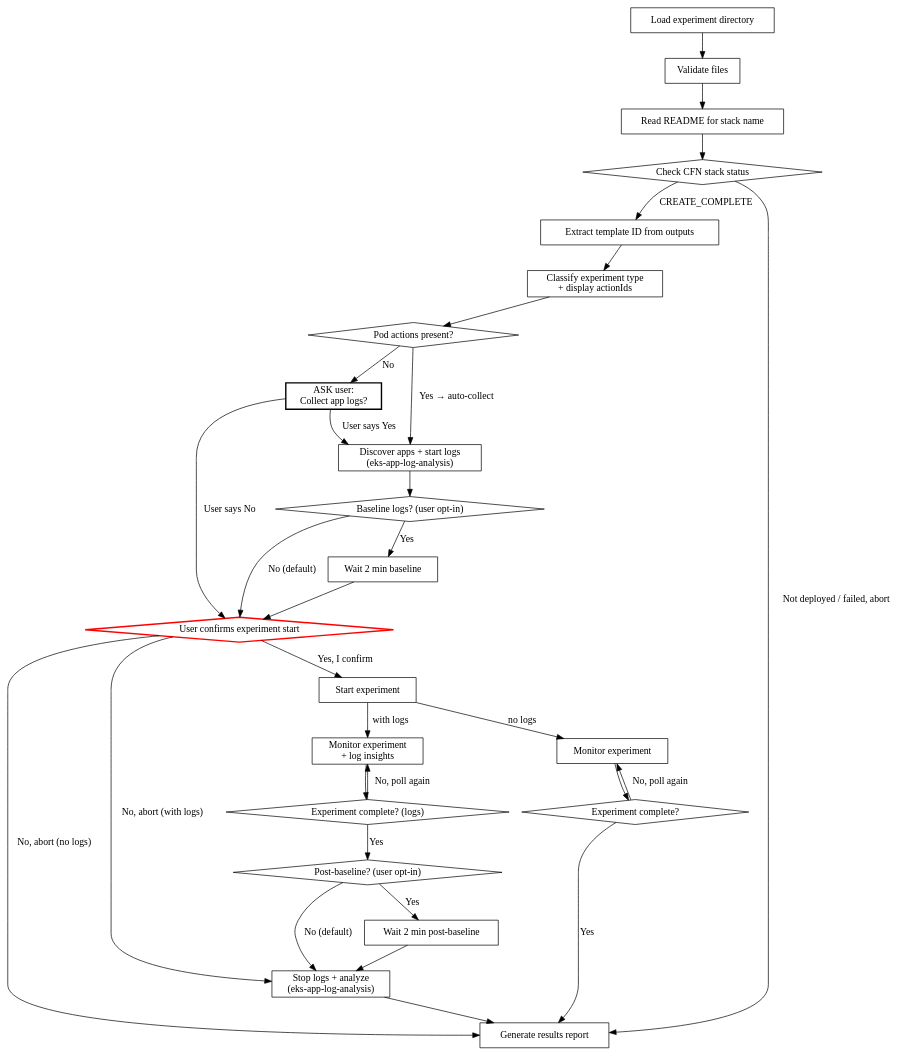
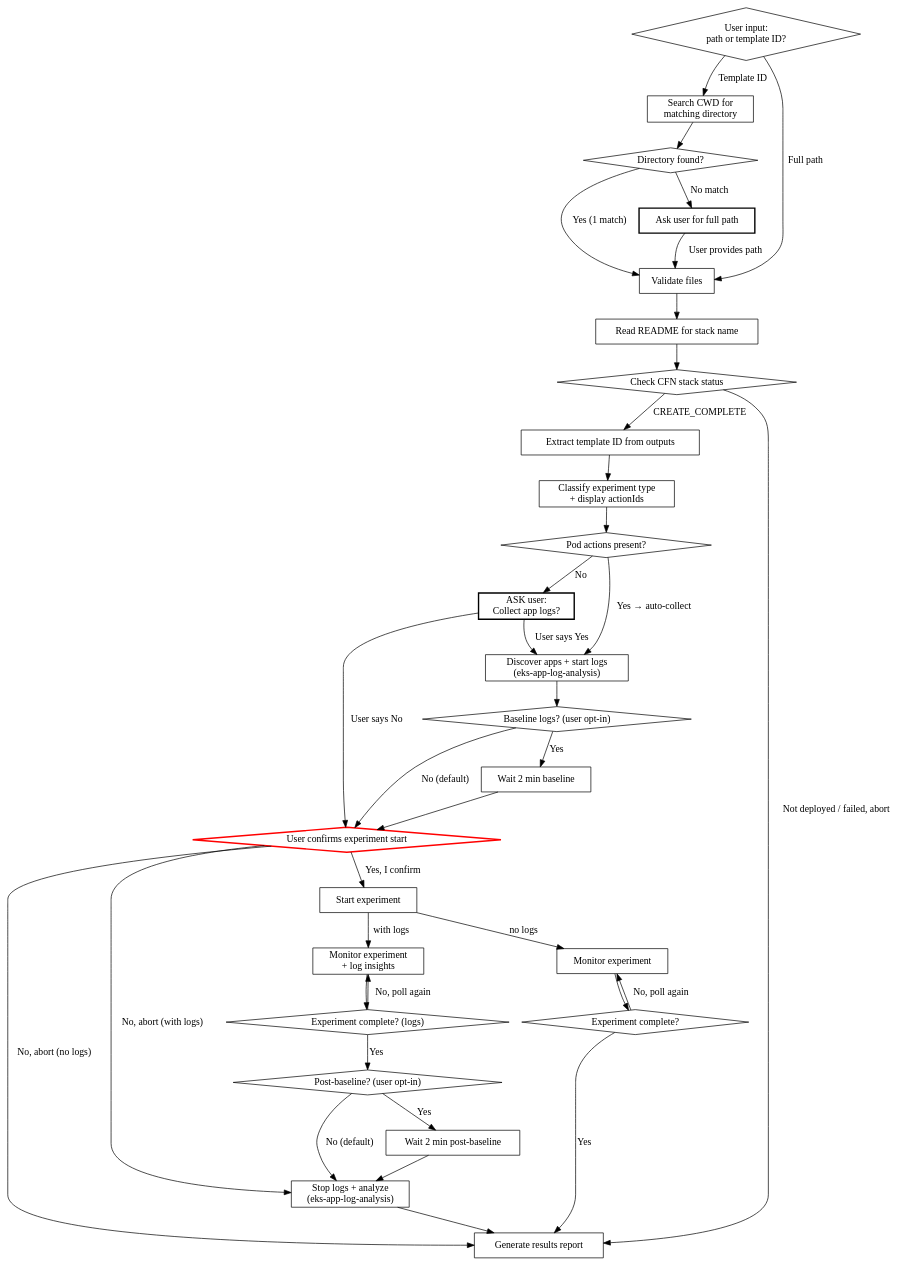
Before and after one commit to panlm/skills: the diagram in aws-fis-experiment-execute/SKILL.md, drawn with Graphviz. The commit also changed other lines of this file and 2 other files, not shown here.

First line of the commit message:
feat(execute): resolve experiment directory from template ID

````diff
--- a/aws-fis-experiment-execute/SKILL.md
+++ b/aws-fis-experiment-execute/SKILL.md
@@ -34,56 +35,64 @@
 ```dot
 digraph execute_flow {
-    "Load experiment directory" [shape=box];
+    "User input:\npath or template ID?" [shape=diamond];
+    "Search CWD for\nmatching directory" [shape=box];
+    "Directory found?" [shape=diamond];
+    "Ask user for full path" [shape=box, style=bold];
     "Validate files" [shape=box];
     "Read README for stack name" [shape=box];
     "Check CFN stack status" [shape=diamond];
     "Extract template ID from outputs" [shape=box];
     "Classify experiment type\n+ display actionIds" [shape=box];
     "Pod actions present?" [shape=diamond];
     "ASK user:\nCollect app logs?" [shape=box, style=bold];
     "Discover apps + start logs\n(eks-app-log-analysis)" [shape=box];
     "Baseline logs? (user opt-in)" [shape=diamond];
     "Wait 2 min baseline" [shape=box];
     "User confirms experiment start" [shape=diamond, style=bold, color=red];
     "Start experiment" [shape=box];
     "Monitor experiment" [shape=box];
     "Monitor experiment\n+ log insights" [shape=box];
     "Experiment complete?" [shape=diamond];
     "Experiment complete? (logs)" [shape=diamond];
     "Post-baseline? (user opt-in)" [shape=diamond];
     "Wait 2 min post-baseline" [shape=box];
     "Stop logs + analyze\n(eks-app-log-analysis)" [shape=box];
     "Generate results report" [shape=box];
 
-    "Load experiment directory" -> "Validate files";
+    "User input:\npath or template ID?" -> "Validate files" [label="Full path"];
+    "User input:\npath or template ID?" -> "Search CWD for\nmatching directory" [label="Template ID"];
+    "Search CWD for\nmatching directory" -> "Directory found?";
+    "Directory found?" -> "Validate files" [label="Yes (1 match)"];
+    "Directory found?" -> "Ask user for full path" [label="No match"];
+    "Ask user for full path" -> "Validate files" [label="User provides path"];
     "Validate files" -> "Read README for stack name";
     "Read README for stack name" -> "Check CFN stack status";
     "Check CFN stack status" -> "Extract template ID from outputs" [label="CREATE_COMPLETE"];
     "Check CFN stack status" -> "Generate results report" [label="Not deployed / failed, abort"];
     "Extract template ID from outputs" -> "Classify experiment type\n+ display actionIds";
     "Classify experiment type\n+ display actionIds" -> "Pod actions present?";
     "Pod actions present?" -> "Discover apps + start logs\n(eks-app-log-analysis)" [label="Yes → auto-collect"];
     "Pod actions present?" -> "ASK user:\nCollect app logs?" [label="No"];
     "ASK user:\nCollect app logs?" -> "Discover apps + start logs\n(eks-app-log-analysis)" [label="User says Yes"];
     "ASK user:\nCollect app logs?" -> "User confirms experiment start" [label="User says No"];
     "Discover apps + start logs\n(eks-app-log-analysis)" -> "Baseline logs? (user opt-in)";
     "Baseline logs? (user opt-in)" -> "Wait 2 min baseline" [label="Yes"];
     "Baseline logs? (user opt-in)" -> "User confirms experiment start" [label="No (default)"];
     "Wait 2 min baseline" -> "User confirms experiment start";
     "User confirms experiment start" -> "Start experiment" [label="Yes, I confirm"];
     "User confirms experiment start" -> "Generate results report" [label="No, abort (no logs)"];
     "User confirms experiment start" -> "Stop logs + analyze\n(eks-app-log-analysis)" [label="No, abort (with logs)"];
     "Start experiment" -> "Monitor experiment" [label="no logs"];
     "Start experiment" -> "Monitor experiment\n+ log insights" [label="with logs"];
     "Monitor experiment" -> "Experiment complete?";
     "Monitor experiment\n+ log insights" -> "Experiment complete? (logs)";
     "Experiment complete?" -> "Monitor experiment" [label="No, poll again"];
     "Experiment complete?" -> "Generate results report" [label="Yes"];
     "Experiment complete? (logs)" -> "Monitor experiment\n+ log insights" [label="No, poll again"];
     "Experiment complete? (logs)" -> "Post-baseline? (user opt-in)" [label="Yes"];
     "Post-baseline? (user opt-in)" -> "Wait 2 min post-baseline" [label="Yes"];
     "Post-baseline? (user opt-in)" -> "Stop logs + analyze\n(eks-app-log-analysis)" [label="No (default)"];
     "Wait 2 min post-baseline" -> "Stop logs + analyze\n(eks-app-log-analysis)";
     "Stop logs + analyze\n(eks-app-log-analysis)" -> "Generate results report";
 }
 ```
````
